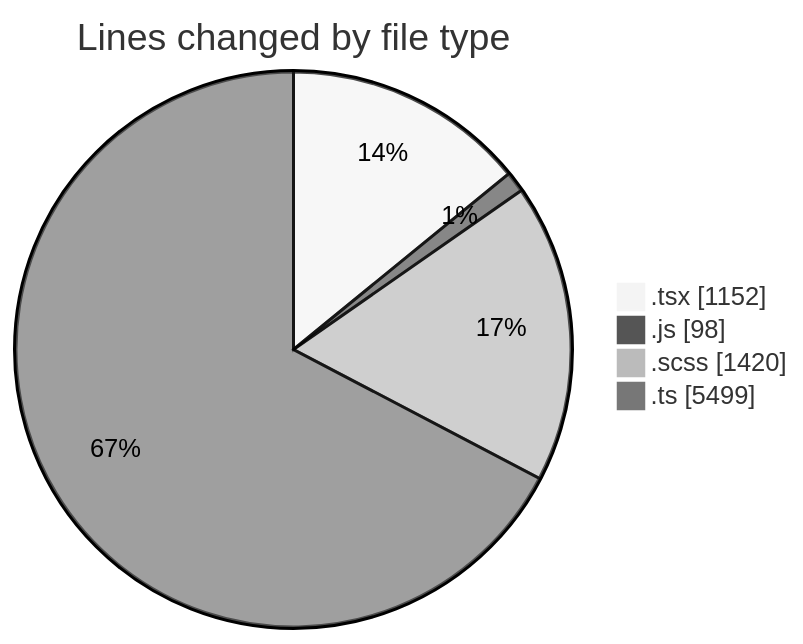
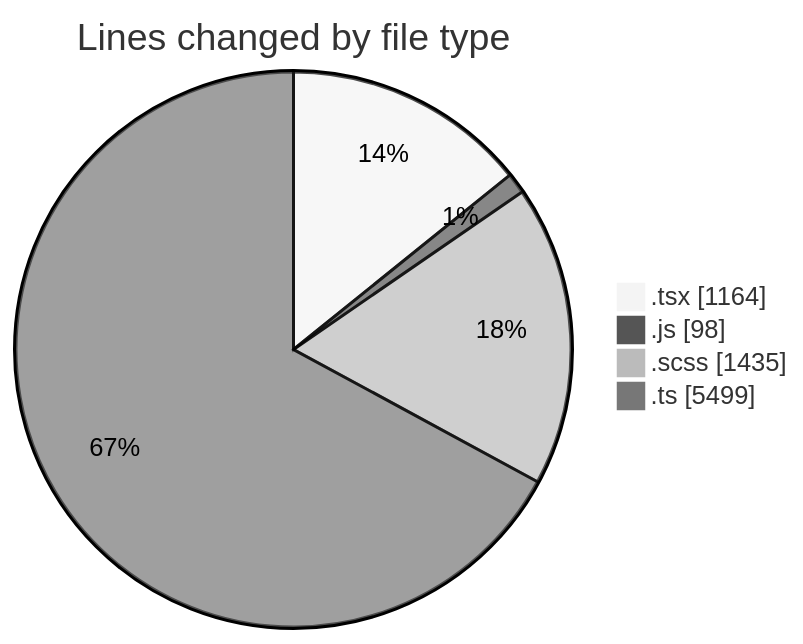
One commit to momahboobian/code-tracking changed the first of 2 diagrams in 2025-03-31/cda/README.md. Above: the diagram before and after it, drawn with Mermaid (neutral theme). The commit also changed other lines of this file and 1 other file, not shown here.

````diff
--- a/2025-03-31/cda/README.md
+++ b/2025-03-31/cda/README.md
@@ -39,8 +39,8 @@
 ```mermaid
 pie showData
 title Lines changed by file type
-".tsx" : 1152
+".tsx" : 1164
 ".js" : 98
-".scss" : 1420
+".scss" : 1435
 ".ts" : 5499
 ```
````
